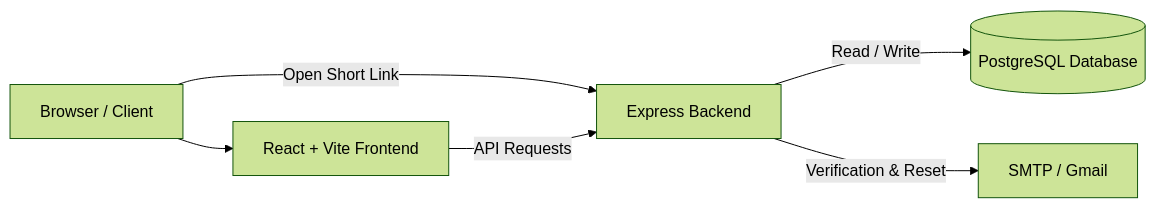
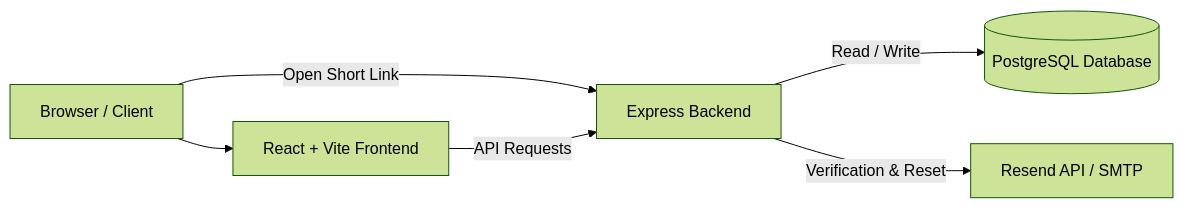
The diagram in README.md (0x0906/url-shortner), drawn with Mermaid (forest theme) before and after one commit. The commit also changed other lines of this file and 1 other file, not shown here.

Commit message:
update readme for resend api and environment configuration

````diff
--- a/README.md
+++ b/README.md
@@ -9,8 +9,8 @@
 ```mermaid
 graph LR
     User[Browser / Client] --> Frontend[React + Vite Frontend]
     User -->|Open Short Link| Backend[Express Backend]
     Frontend -->|API Requests| Backend
     Backend -->|Read / Write| DB[(PostgreSQL Database)]
-    Backend -->|Verification & Reset| SMTP[SMTP / Gmail]
+    Backend -->|Verification & Reset| Email[Resend API / SMTP]
 ```
````
